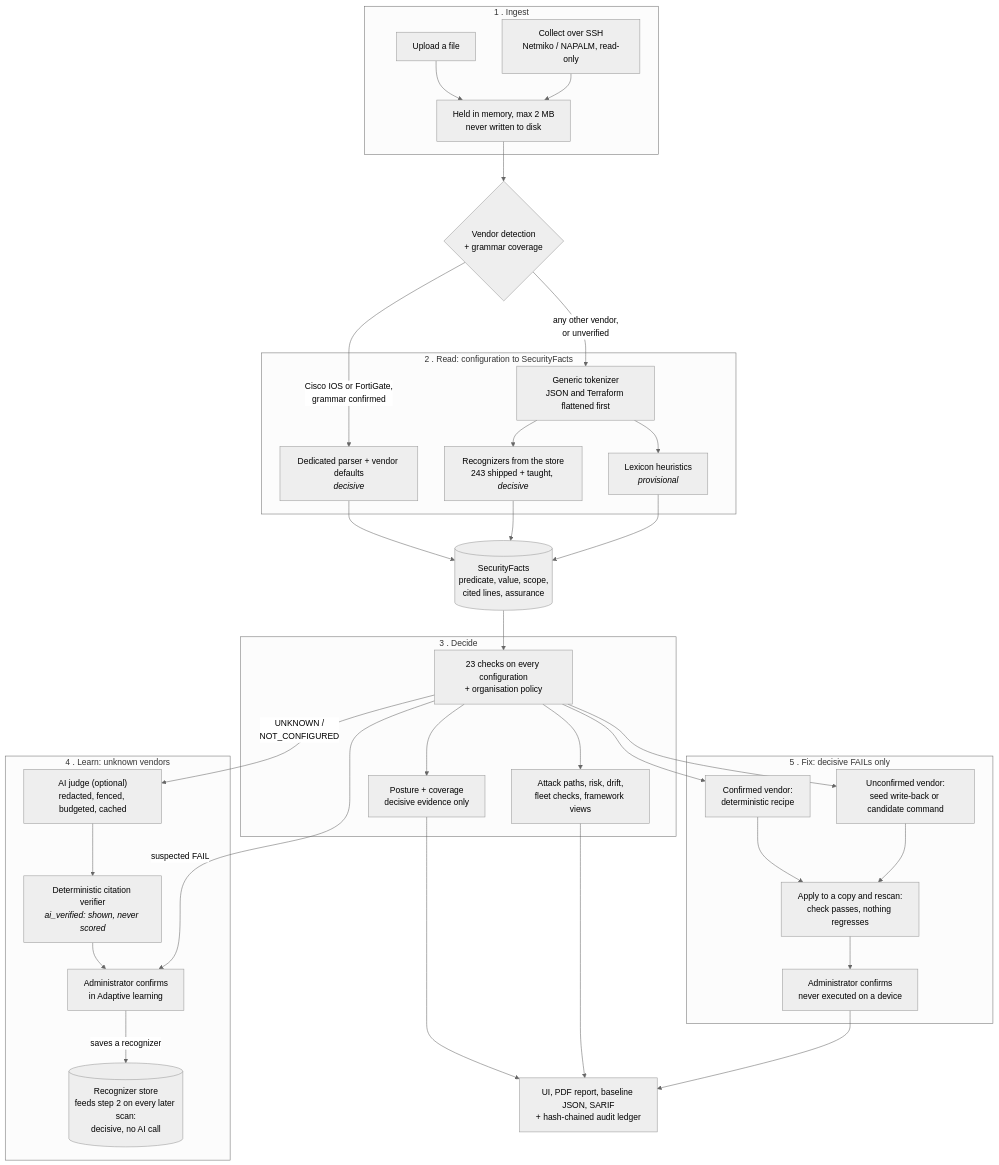
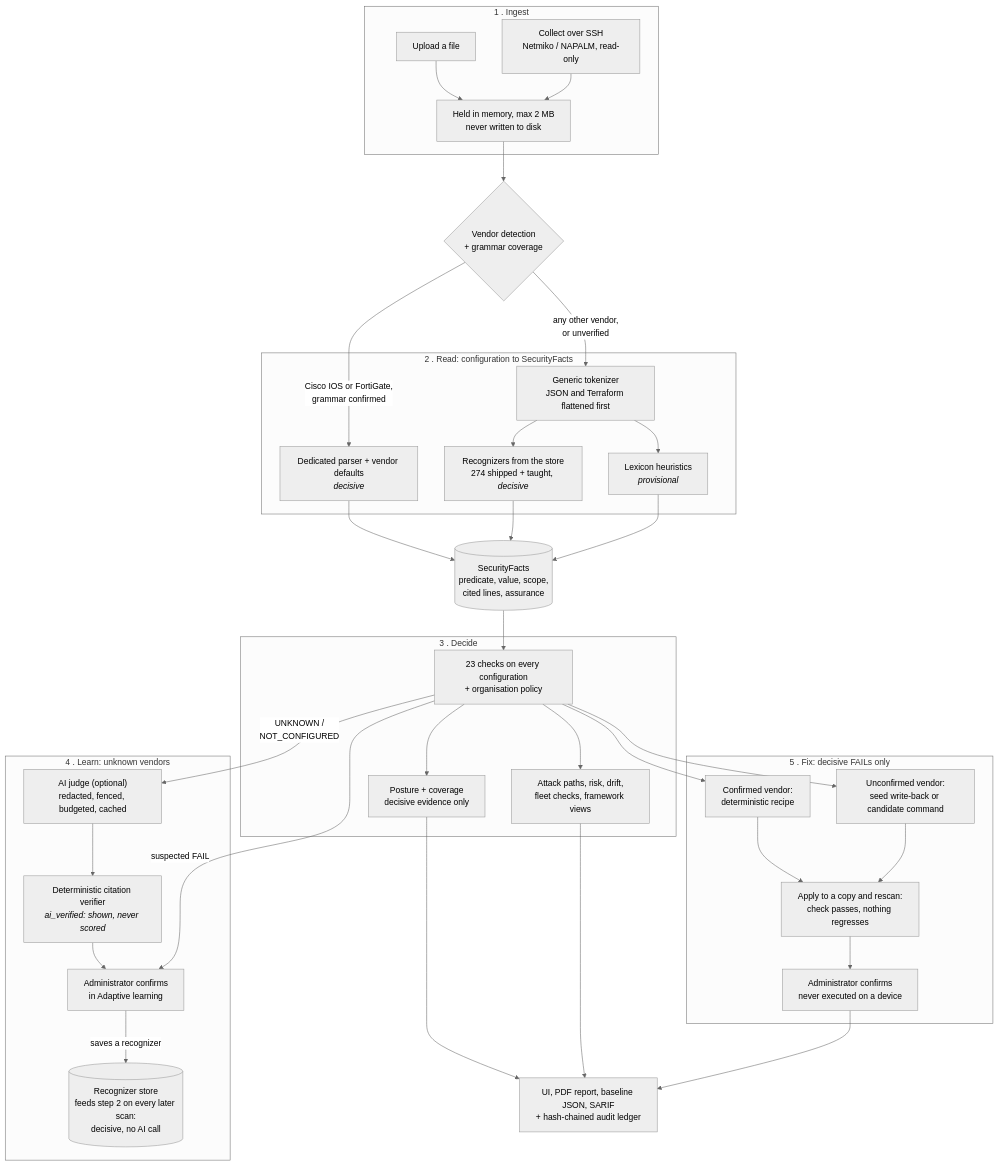
The diagram in README.md (astrilo-monk/sih-26155), drawn with Mermaid (neutral theme) before and after one commit. The commit also changed other lines of this file and 24 other files, not shown here.

````diff
--- a/README.md
+++ b/README.md
@@ -111,66 +111,66 @@
 ```mermaid
 flowchart TD
     subgraph S1["1 . Ingest"]
         UP["Upload a file"]
         SSH["Collect over SSH<br/>Netmiko / NAPALM, read-only"]
         MEM["Held in memory, max 2 MB<br/>never written to disk"]
         UP --> MEM
         SSH --> MEM
     end
 
     MEM --> DET{"Vendor detection<br/>+ grammar coverage"}
 
     subgraph S2["2 . Read: configuration to SecurityFacts"]
         PAR["Dedicated parser + vendor defaults<br/><i>decisive</i>"]
         TOK["Generic tokenizer<br/>JSON and Terraform flattened first"]
-        REC["Recognizers from the store<br/>243 shipped + taught, <i>decisive</i>"]
+        REC["Recognizers from the store<br/>274 shipped + taught, <i>decisive</i>"]
         HEU["Lexicon heuristics<br/><i>provisional</i>"]
         TOK --> REC
         TOK --> HEU
     end
 
     DET -->|"Cisco IOS or FortiGate,<br/>grammar confirmed"| PAR
     DET -->|"any other vendor,<br/>or unverified"| TOK
 
     FACTS[("SecurityFacts<br/>predicate, value, scope,<br/>cited lines, assurance")]
     PAR --> FACTS
     REC --> FACTS
     HEU --> FACTS
 
     subgraph S3["3 . Decide"]
         CTL["23 checks on every configuration<br/>+ organisation policy"]
         SCORE["Posture + coverage<br/>decisive evidence only"]
         CTX["Attack paths, risk, drift,<br/>fleet checks, framework views"]
         CTL --> SCORE
         CTL --> CTX
     end
     FACTS --> CTL
 
     subgraph S4["4 . Learn: unknown vendors"]
         JUDGE["AI judge (optional)<br/>redacted, fenced, budgeted, cached"]
         VER["Deterministic citation verifier<br/><i>ai_verified: shown, never scored</i>"]
         HUM["Administrator confirms<br/>in Adaptive learning"]
         DB[("Recognizer store<br/>feeds step 2 on every later scan:<br/>decisive, no AI call")]
         JUDGE --> VER --> HUM
         HUM -->|"saves a recognizer"| DB
     end
     CTL -->|"UNKNOWN /<br/>NOT_CONFIGURED"| JUDGE
     CTL -->|"suspected FAIL"| HUM
 
     subgraph S5["5 . Fix: decisive FAILs only"]
         RCP["Confirmed vendor:<br/>deterministic recipe"]
         WB["Unconfirmed vendor:<br/>seed write-back or candidate command"]
         RESCAN["Apply to a copy and rescan:<br/>check passes, nothing regresses"]
         OK["Administrator confirms<br/>never executed on a device"]
         RCP --> RESCAN
         WB --> RESCAN
         RESCAN --> OK
     end
     CTL --> RCP
     CTL --> WB
 
     OUT["UI, PDF report, baseline JSON, SARIF<br/>+ hash-chained audit ledger"]
     SCORE --> OUT
     CTX --> OUT
     OK --> OUT
 ```
````
